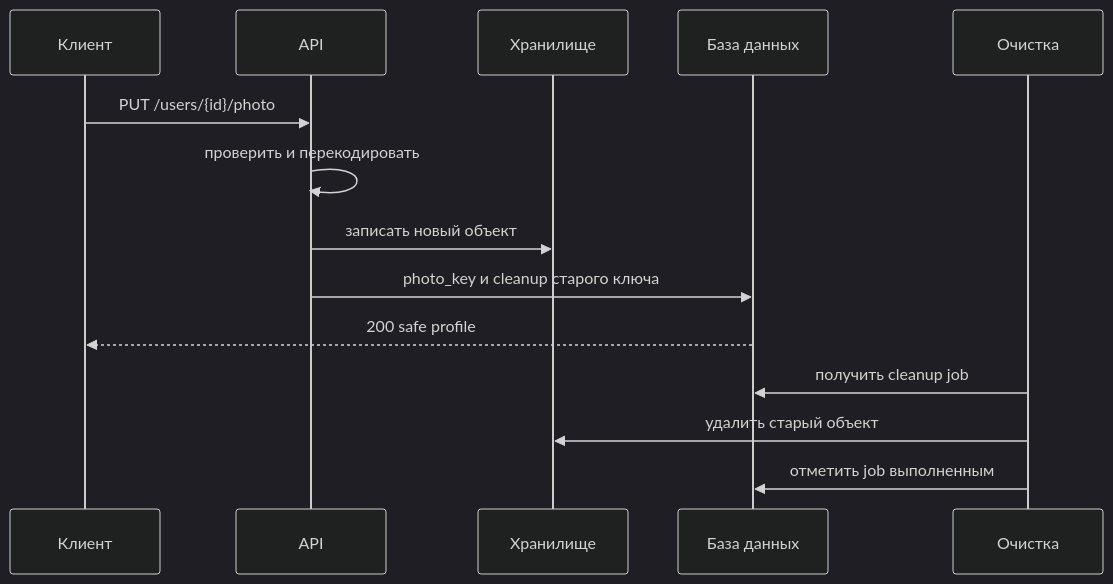
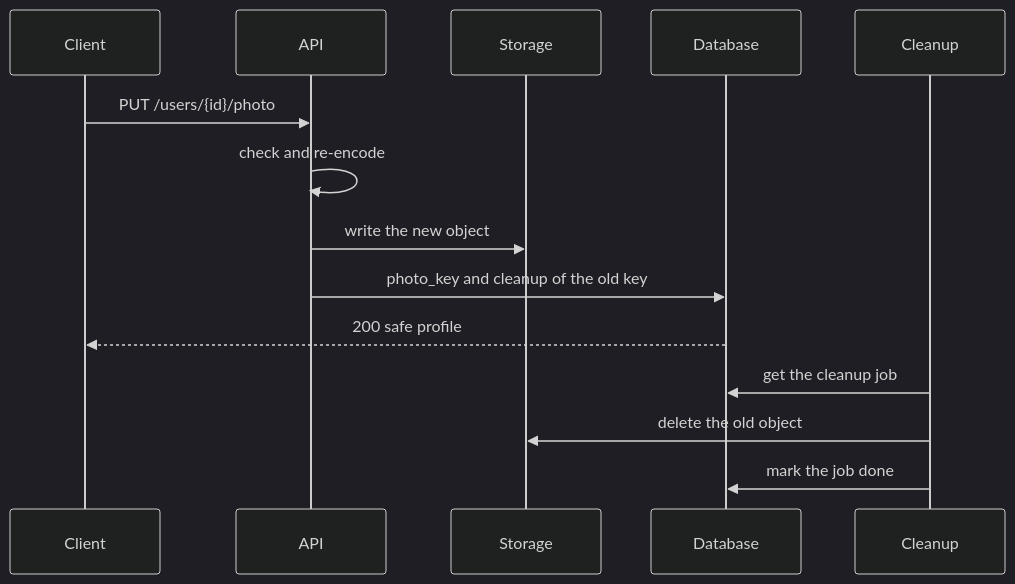
The third of 4 diagrams in courses-content/backend/A/1/en/3.1.5 Изменение данных пользователя.md (pavel-skripko-innowise/inno-fe-be-a1), drawn with Mermaid (dark theme) before and after one commit. The commit also changed other lines of this file and 35 other files, not shown here.

````diff
--- a/courses-content/backend/A/1/en/3.1.5 Изменение данных пользователя.md
+++ b/courses-content/backend/A/1/en/3.1.5 Изменение данных пользователя.md
@@ -77,16 +77,16 @@
 ```mermaid
 sequenceDiagram
-  participant C as Клиент
+  participant C as Client
   participant A as API
-  participant S as Хранилище
-  participant D as База данных
-  participant W as Очистка
+  participant S as Storage
+  participant D as Database
+  participant W as Cleanup
   C->>A: PUT /users/{id}/photo
-  A->>A: проверить и перекодировать
-  A->>S: записать новый объект
-  A->>D: photo_key и cleanup старого ключа
+  A->>A: check and re-encode
+  A->>S: write the new object
+  A->>D: photo_key and cleanup of the old key
   D-->>C: 200 safe profile
-  W->>D: получить cleanup job
-  W->>S: удалить старый объект
-  W->>D: отметить job выполненным
+  W->>D: get the cleanup job
+  W->>S: delete the old object
+  W->>D: mark the job done
 ```
````
